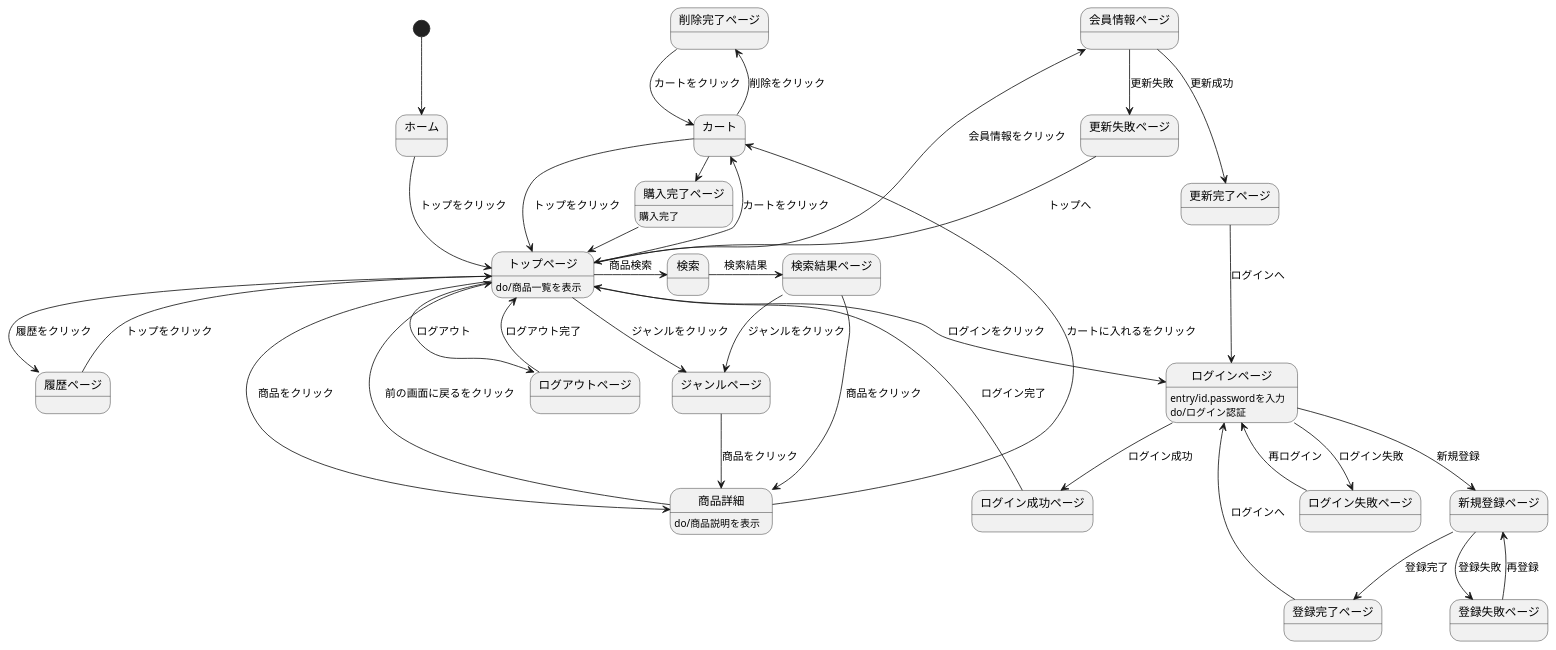
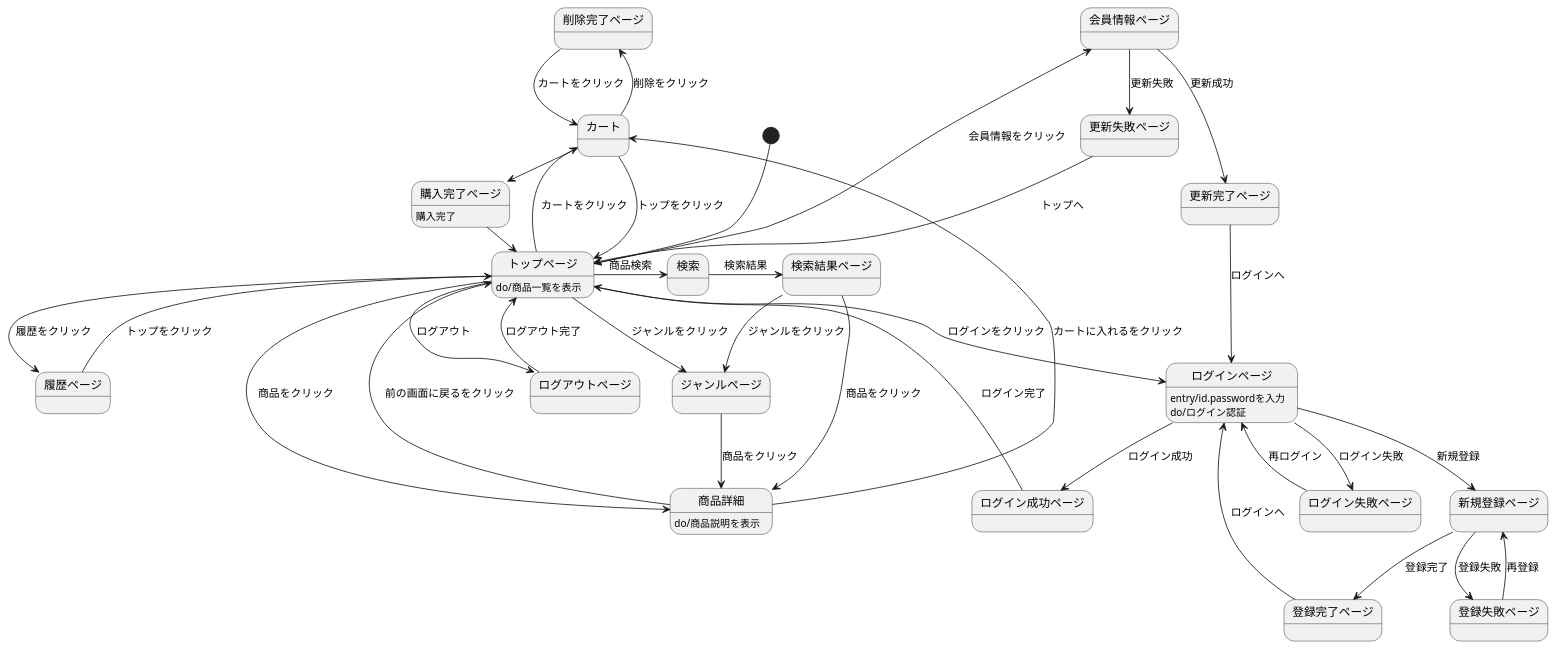
Before and after one commit to Aso2001142/2021sys-design: the diagram in ECサイト/画面遷移図.md, drawn with PlantUML.

````diff
--- a/ECサイト/画面遷移図.md
+++ b/ECサイト/画面遷移図.md
@@ -1,57 +1,56 @@
 ```uml
 @startuml
-[*] --> ホーム
-ホーム --> トップページ : トップをクリック
+[*] --> トップページ
 トップページ : do/商品一覧を表示
 
 トップページ --> ログインページ : ログインをクリック
 ログインページ : entry/id.passwordを入力
 ログインページ : do/ログイン認証
 ログインページ --> ログイン成功ページ : ログイン成功
 ログイン成功ページ --> トップページ : ログイン完了
 ログインページ --> ログイン失敗ページ : ログイン失敗
 ログイン失敗ページ -left-> ログインページ : 再ログイン
 
 ログインページ --> 新規登録ページ : 新規登録
 新規登録ページ --> 登録完了ページ : 登録完了
 登録完了ページ --> ログインページ : ログインへ
 新規登録ページ --> 登録失敗ページ : 登録失敗
 登録失敗ページ --> 新規登録ページ : 再登録
 
 トップページ -> 検索 : 商品検索
 検索 -> 検索結果ページ : 検索結果
 検索結果ページ --> ジャンルページ : ジャンルをクリック
 検索結果ページ --> 商品詳細 : 商品をクリック
 
 トップページ -> 商品詳細 : 商品をクリック
 トップページ --> カート : カートをクリック
 
 トップページ --> ログアウトページ : ログアウト
 ログアウトページ --> トップページ : ログアウト完了
 
 トップページ --> 履歴ページ : 履歴をクリック
 履歴ページ --> トップページ : トップをクリック
 
 トップページ -left-> 会員情報ページ : 会員情報をクリック
 会員情報ページ --> 更新完了ページ : 更新成功
 更新完了ページ --> ログインページ : ログインへ
 会員情報ページ --> 更新失敗ページ : 更新失敗
 更新失敗ページ --> トップページ : トップへ
 
 トップページ -left-> ジャンルページ :  ジャンルをクリック
 ジャンルページ --> 商品詳細 : 商品をクリック
 
 商品詳細 --> カート : カートに入れるをクリック
 商品詳細 --> トップページ : 前の画面に戻るをクリック
 商品詳細 : do/商品説明を表示
 カート -up-> トップページ : トップをクリック
 
 
 カート -> 購入完了ページ : 購入をクリック
 カート -left> 削除完了ページ : 削除をクリック
 削除完了ページ --> カート : カートをクリック
 購入完了ページ -> トップページ : トップをクリック
 購入完了ページ : 購入完了
 
 @enduml
 ```
````
